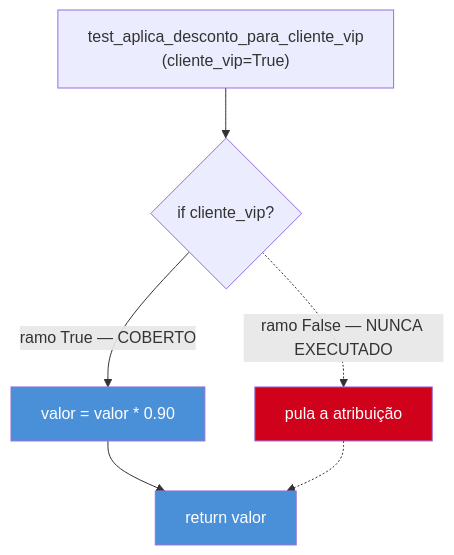
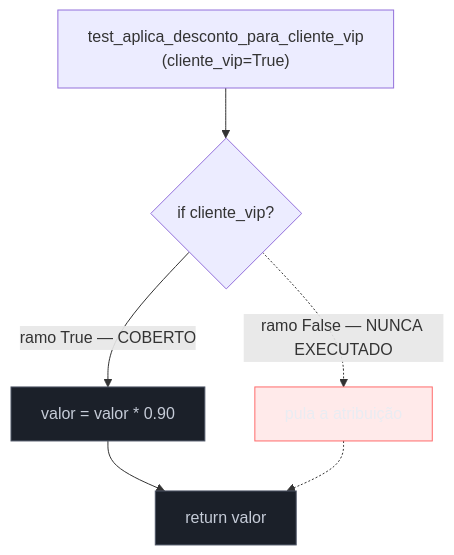
One commit to josenaldo/codex-technomanticus changed the second of 3 diagrams in 03-Dominios/Tecnologia/Python/Testes/07 - Coverage — pytest-cov e o que ele não mede.md. Above: the diagram before and after it, drawn with Mermaid. The commit also changed other lines of this file and 1181 other files, not shown here.

First line of the commit message:
fix(diagramas): paleta do sistema no lugar de cor cravada no markdown

````diff
--- a/03-Dominios/Tecnologia/Python/Testes/07 - Coverage — pytest-cov e o que ele não mede.md
+++ b/03-Dominios/Tecnologia/Python/Testes/07 - Coverage — pytest-cov e o que ele não mede.md
@@ -189,12 +190,14 @@
 ```mermaid
 flowchart TD
+    classDef neutro fill:#1B2029,stroke:#4E5666,color:#C6CCD8
+    classDef falha fill:#FF6B6B24,stroke:#FF6B6B,color:#E9ECF2
     A["test_aplica_desconto_para_cliente_vip<br/>(cliente_vip=True)"] --> B{"if cliente_vip?"}
     B -->|"ramo True — COBERTO"| C["valor = valor * 0.90"]
     B -.->|"ramo False — NUNCA EXECUTADO"| D["pula a atribuição"]
     C --> E["return valor"]
     D -.-> E
 
-    style C fill:#4A90D9,color:#fff
-    style D fill:#D0021B,color:#fff
-    style E fill:#4A90D9,color:#fff
+    class C neutro
+    class D falha
+    class E neutro
 ```
````
